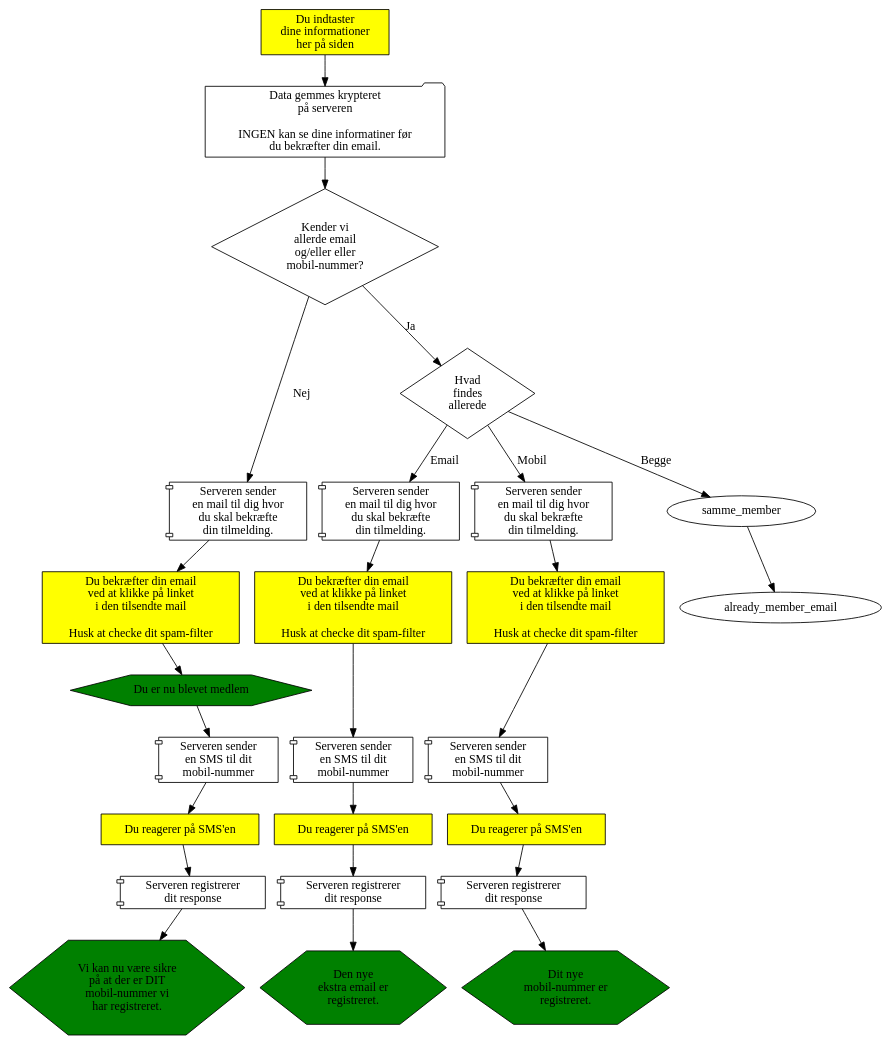
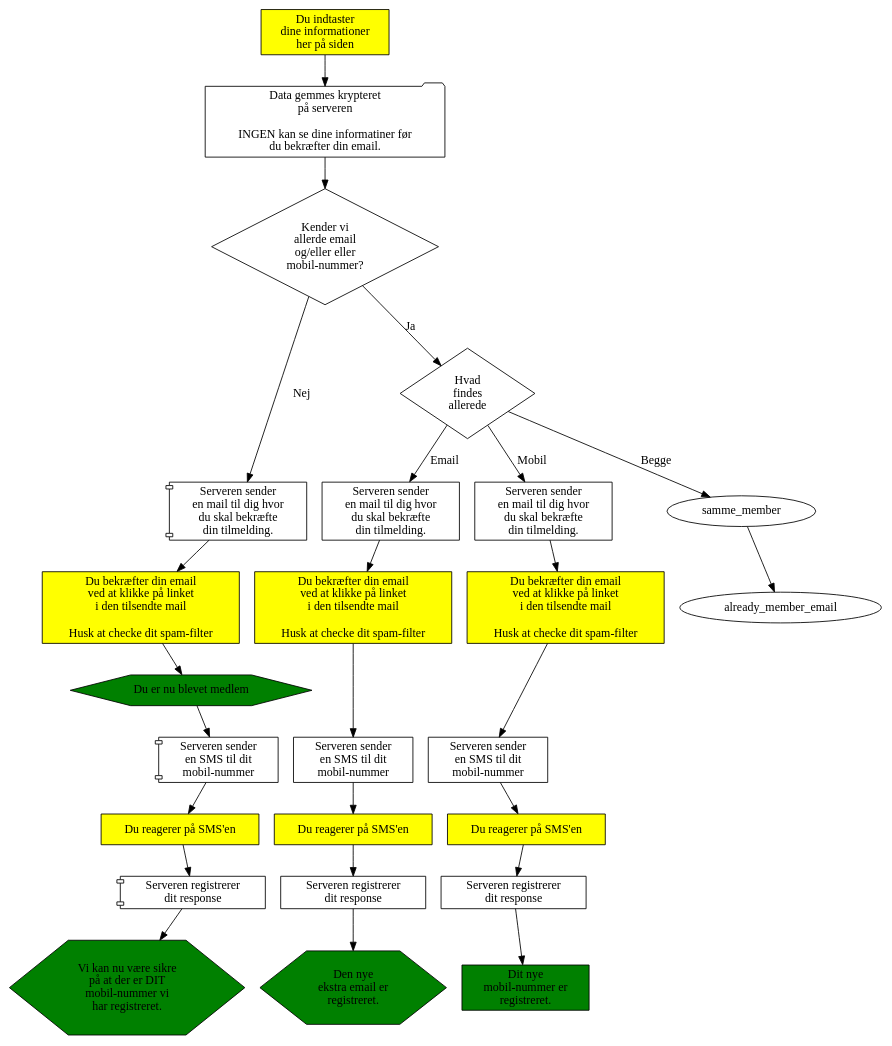
The diagram in medlemskab/indmeldelse.dot (alslug/alslug.dk), drawn with Graphviz before and after one commit.

```diff
--- a/medlemskab/indmeldelse.dot
+++ b/medlemskab/indmeldelse.dot
@@ -1,71 +1,71 @@
 digraph indmeldelse {
   { # Dine handlinger
     node [ shape=box style=filled fillcolor=yellow ];
     indtast                [label="Du indtaster\ndine informationer\nher på siden"];
     subgraph cluster_server_sender_email {
       style=invis;
       node                 [label="Du bekræfter din email\nved at klikke på linket\ni den tilsendte mail\n\nHusk at checke dit spam-filter"];
       confirm_email_nyt_medlem;
-      confirm_email_add_email;
-      confirm_email_add_mobil;
+      confirm_email_add_email [shape=invis];
+      confirm_email_add_mobil [shape=invis];
     }
     subgraph cluster_server_sender_sms {
       style=invis;
       node                 [label="Du reagerer på SMS'en"];
       confirm_sms_nyt_medlem;
-      confirm_sms_add_email;
-      confirm_sms_add_mobil;
+      confirm_sms_add_email [shape=invis];
+      confirm_sms_add_mobil [shape=invis];
     }
   }
   send_tilmelding        [shape=folder label="Data gemmes krypteret \n på serveren \n \n INGEN kan se dine informatiner før \n du bekræfter din email."];
   { # Server-aktiviteter
     node [shape=component];
     subgraph cluster_server_sender_email {
       style=invis;
       node                 [label="Serveren sender \n en mail til dig hvor \n du skal bekræfte \n din tilmelding."];
       server_sender_emai_nyt_medlem;
-      server_sender_email_add_email;
-      server_sender_email_add_mobil;
+      server_sender_email_add_email [shape=invis];
+      server_sender_email_add_mobil [shape=invis];
     }
     subgraph cluster_server_sender_sms {
       style=invis;
       node                 [label="Serveren sender \n en SMS til dit \n mobil-nummer"];
       server_sender_sms_nyt_medlem;
-      server_sender_sms_add_email;
-      server_sender_sms_add_mobil;
+      server_sender_sms_add_email [shape=invis];
+      server_sender_sms_add_mobil [shape=invis];
     }
     subgraph cluster_sms_confirmed {
       style=invis;
       node                 [label="Serveren registrerer \n dit response"];
       sms_confirmed_nyt_medlem;
-      sms_confirmed_add_email;
-      sms_confirmed_add_mobil;
+      sms_confirmed_add_email [shape=invis];
+      sms_confirmed_add_mobil [shape=invis];
     }
   }
   { # Results
     node [shape=hexagon   style=filled fillcolor=green ];
     du_biver_medlem        [label="Du er nu blevet medlem"];
     mobile_ok              [label="Vi kan nu være sikre \n på at der er DIT \n mobil-nummer vi \n har registreret."]; 
-    email_added            [label="Den nye \n ekstra email er \n registreret."]; 
-    mobil_added            [label="Dit nye \n mobil-nummer er \n registreret."]; 
+    email_added            [label="Den nye \n ekstra email er \n registreret." hape=invis];
+    mobil_added            [label="Dit nye \n mobil-nummer er \n registreret." shape=invis]; 
   }
   { # Valg
     node [shape=diamond];
     findes_allerede        [label="Kender vi \n allerde email \n og/eller eller \n mobil-nummer?"];
     hvad_findes_allerede   [label="Hvad \n findes \n allerede"];
   }
 
   indtast -> send_tilmelding -> findes_allerede;
                                 findes_allerede ->                              server_sender_emai_nyt_medlem [label="Nej"];
                                                                                 server_sender_emai_nyt_medlem -> confirm_email_nyt_medlem -> du_biver_medlem ->
                                                                                 server_sender_sms_nyt_medlem  -> confirm_sms_nyt_medlem   -> sms_confirmed_nyt_medlem -> mobile_ok;
                                 findes_allerede -> hvad_findes_allerede                                       [label="Ja"];
                                                    hvad_findes_allerede-> samme_member                        [label="Begge"];
                                                                           samme_member -> already_member_email;
                                                    hvad_findes_allerede -> server_sender_email_add_email      [label="Email"];
                                                                                 server_sender_email_add_email -> confirm_email_add_email  ->
                                                                                 server_sender_sms_add_email   -> confirm_sms_add_email    -> sms_confirmed_add_email -> email_added;
                                                    hvad_findes_allerede ->      server_sender_email_add_mobil [label="Mobil"];
                                                                                 server_sender_email_add_mobil -> confirm_email_add_mobil  ->
                                                                                 server_sender_sms_add_mobil   -> confirm_sms_add_mobil    -> sms_confirmed_add_mobil -> mobil_added;
 }
```
